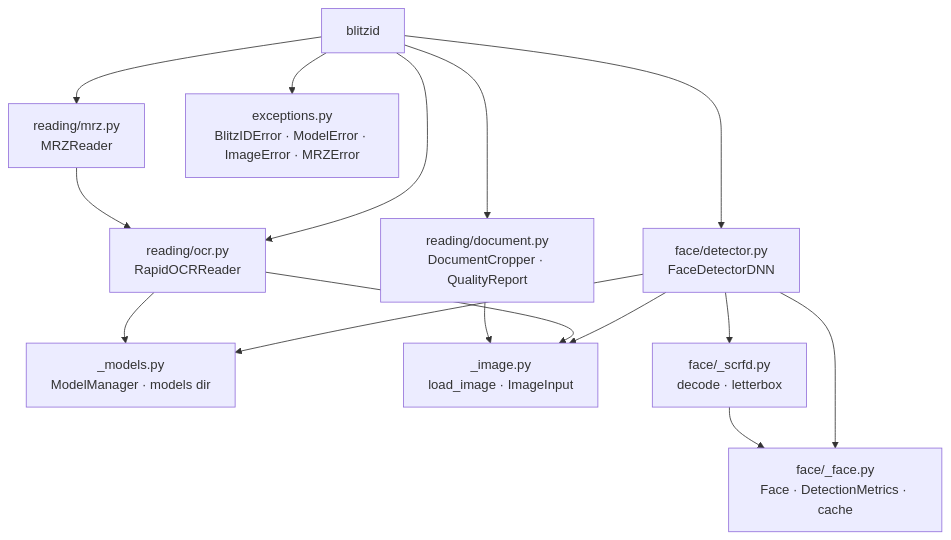
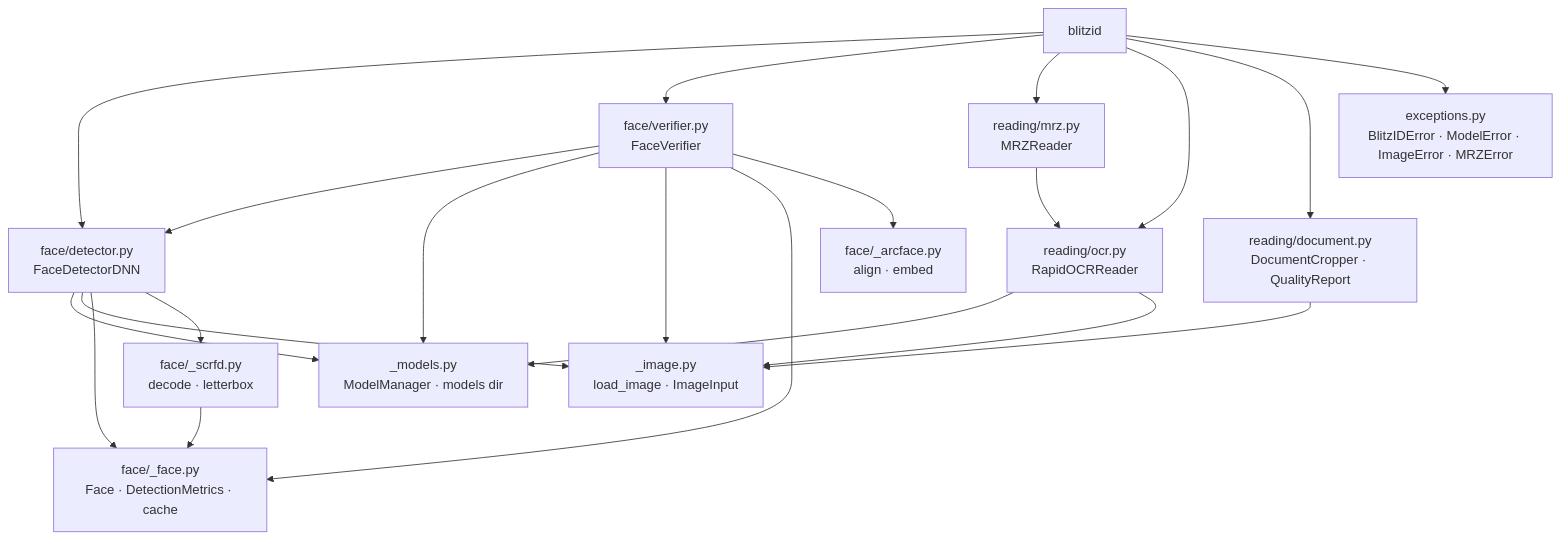
One commit to malvavisc0/blitzid changed the diagram in README.md. Above: the diagram before and after it, drawn with Mermaid. The commit also changed other lines of this file, not shown here.

Commit message:
Document face verification and structured extraction in the README

````diff
--- a/README.md
+++ b/README.md
@@ -391,18 +466,24 @@
 ```mermaid
 graph TD
     A[blitzid] --> B[face/detector.py<br/>FaceDetectorDNN]
+    A --> N[face/verifier.py<br/>FaceVerifier]
     A --> I[reading/mrz.py<br/>MRZReader]
     A --> C[reading/ocr.py<br/>RapidOCRReader]
     A --> M[reading/document.py<br/>DocumentCropper · QualityReport]
     A --> D[exceptions.py<br/>BlitzIDError · ModelError · ImageError · MRZError]
 
     I --> C
     B --> E[_models.py<br/>ModelManager · models dir]
     B --> F[_image.py<br/>load_image · ImageInput]
     B --> G[face/_face.py<br/>Face · DetectionMetrics · cache]
     B --> H[face/_scrfd.py<br/>decode · letterbox]
+    N --> B
+    N --> E
+    N --> F
+    N --> G
+    N --> J[face/_arcface.py<br/>align · embed]
     C --> E
     C --> F
     M --> F
     H --> G
 ```
````
